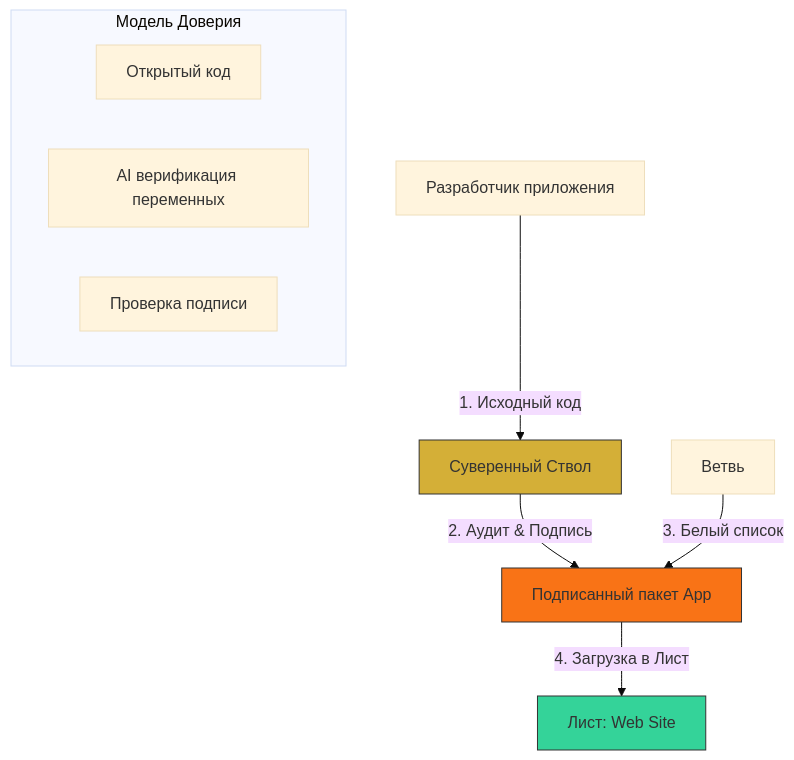
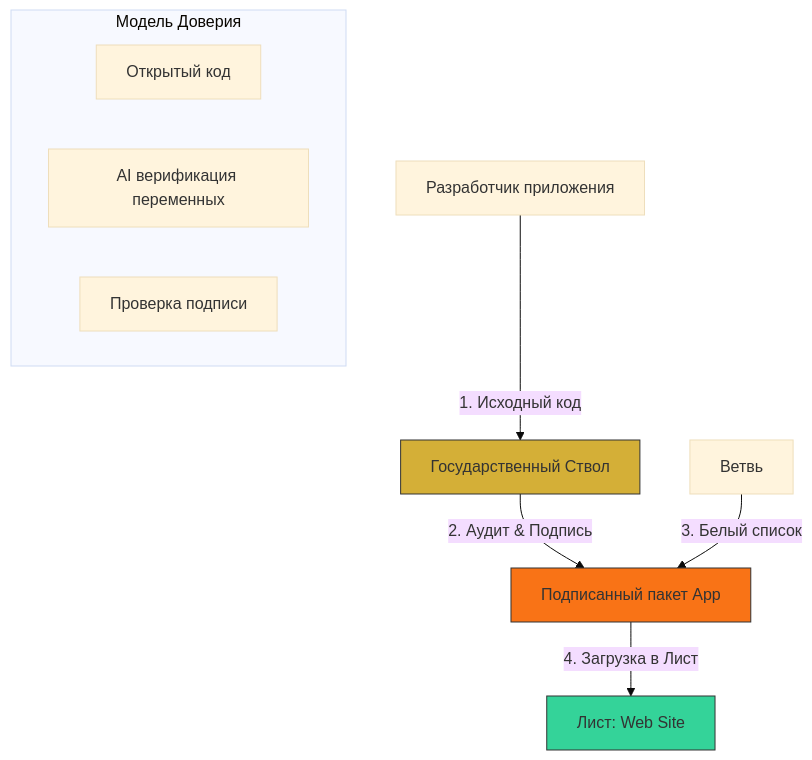
Before and after one commit to Data-Independence-Network/presentations: diagram 31 of 51 in shared_docs/Технический документ платформы Турбаза.md, drawn with Mermaid (base theme). The commit also changed other lines of this file and 81 other files, not shown here.

````diff
--- a/shared_docs/Технический документ платформы Турбаза.md
+++ b/shared_docs/Технический документ платформы Турбаза.md
@@ -825,18 +825,18 @@
 ```mermaid
 graph TD
-    Developer[Разработчик приложения] -- 1. Исходный код --> Trunk[Суверенный Ствол]
+    Developer[Разработчик приложения] -- 1. Исходный код --> Trunk[Государственный Ствол]
     Trunk -- 2. Аудит & Подпись --> Package[Подписанный пакет App]
     
     Branch[Ветвь] -- 3. Белый список --> Package
     Package -- 4. Загрузка в Лист --> Leaf[Лист: Web Site]
     
     subgraph Trust_Model [Модель Доверия]
         Transparency[Открытый код]
         AI_Trace[AI верификация переменных]
         Verification[Проверка подписи]
     end
     
     style Trunk fill:#D4AF37,stroke:#333
     style Leaf fill:#34D399,stroke:#333
     style Package fill:#f97316,stroke:#333
 ```
````
